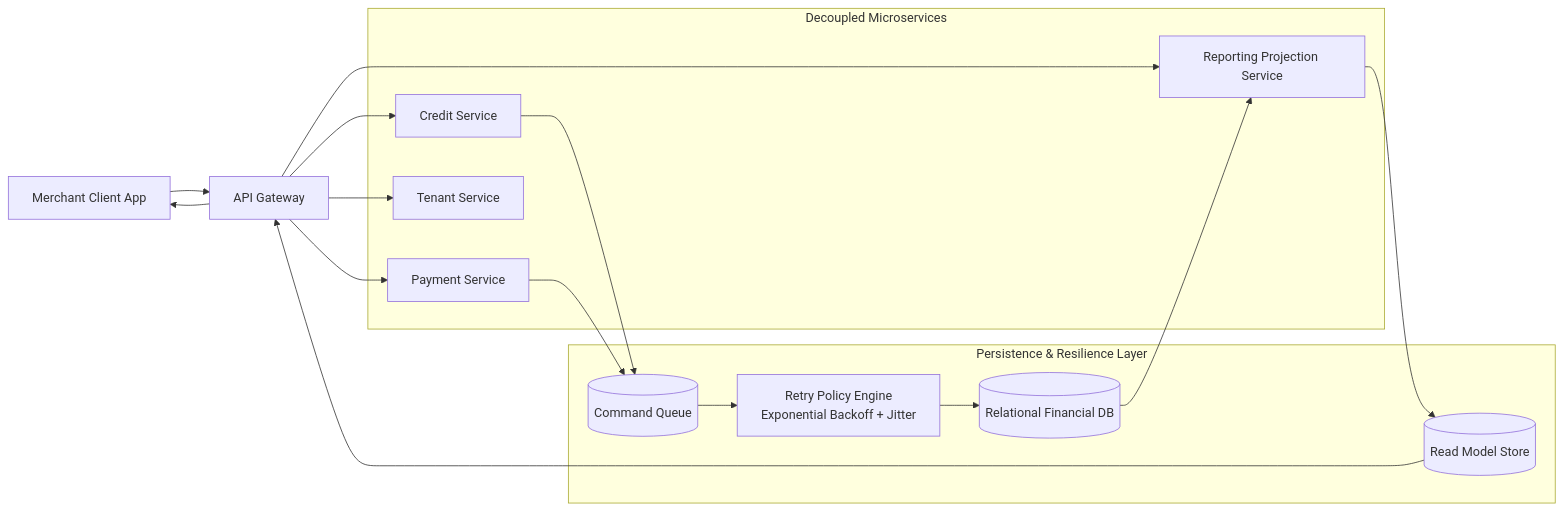
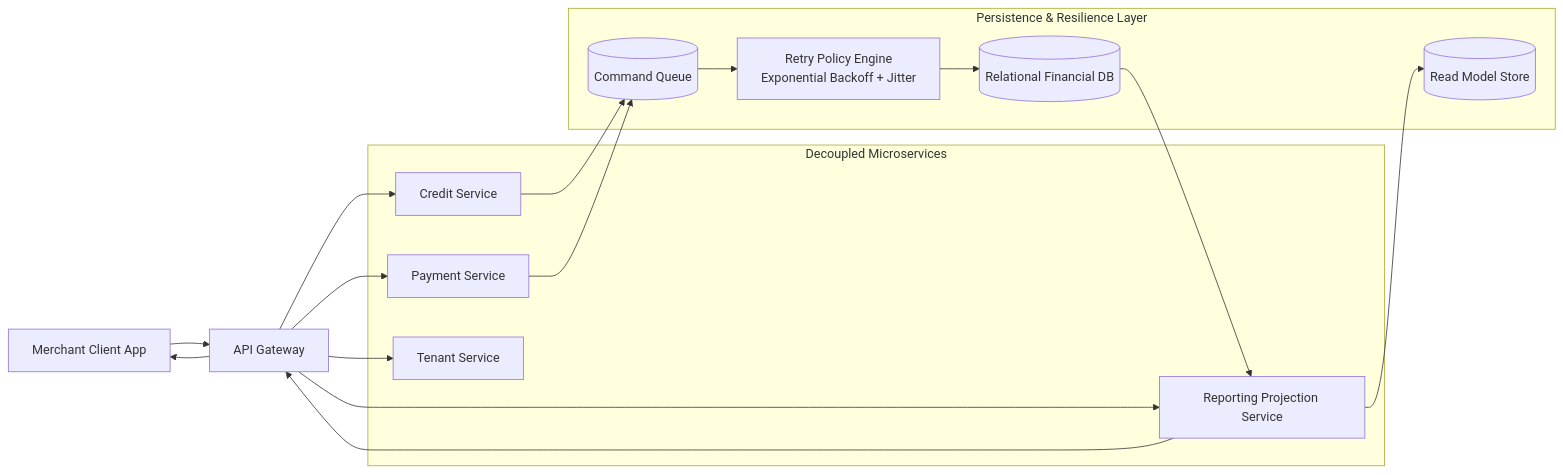
Before and after one commit to andminin-engineering/saas-microfinance-reference-architecture: the diagram in README.md, drawn with Mermaid. The commit also changed other lines of this file, not shown here.

Commit message:
docs: clarify product ownership and fix architecture diagram
Rename the product to ValeFiado throughout, matching the public product
name, and state ownership and scope explicitly: this repository documents
architecture and design decisions only; the product source code is private.

Fix two Mermaid issues that prevented the high-level diagram from rendering
on GitHub: quote the subgraph titles containing "&", which Mermaid parses as
an operator, and replace the literal "\n" in the retry engine node with a
<br/> line break.

Correct the read path in the diagram: queries are served through the
reporting projection service rather than read directly from the read model
store by the API gateway.

````diff
--- a/README.md
+++ b/README.md
@@ -52,35 +52,35 @@
 ```mermaid
 flowchart LR
     CA[Merchant Client App]
     AG[API Gateway]
 
-    subgraph MS[Decoupled Microservices]
+    subgraph MS["Decoupled Microservices"]
         CS[Credit Service]
         PS[Payment Service]
         TS[Tenant Service]
         RS[Reporting Projection Service]
     end
 
-    subgraph PL[Persistence & Resilience Layer]
+    subgraph PL["Persistence & Resilience Layer"]
         DB[(Relational Financial DB)]
         CQ[(Command Queue)]
-        RY[Retry Policy Engine\nExponential Backoff + Jitter]
+        RY["Retry Policy Engine<br/>Exponential Backoff + Jitter"]
         RO[(Read Model Store)]
     end
 
     CA --> AG
     AG --> CS
     AG --> PS
     AG --> TS
     AG --> RS
 
     CS --> CQ
     PS --> CQ
     CQ --> RY
     RY --> DB
 
     DB --> RS
     RS --> RO
-    RO --> AG
+    RS --> AG
     AG --> CA
 ```
````
